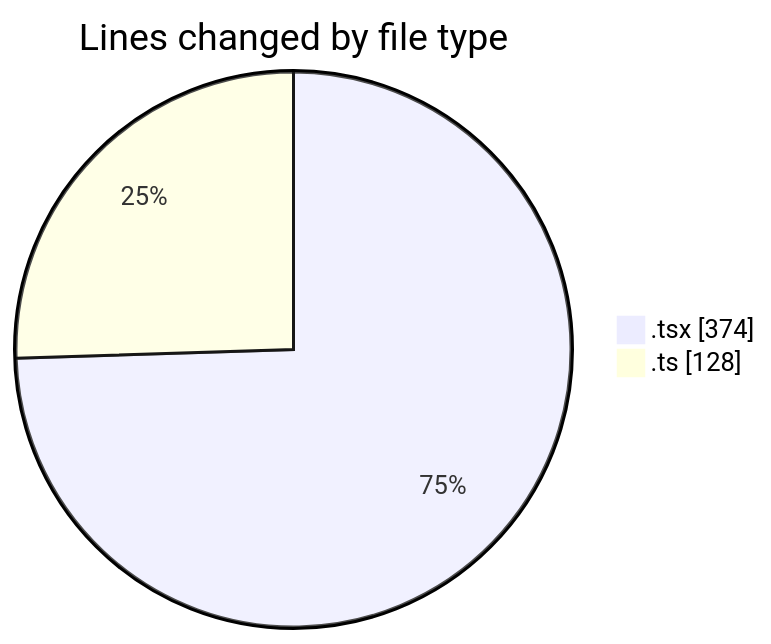
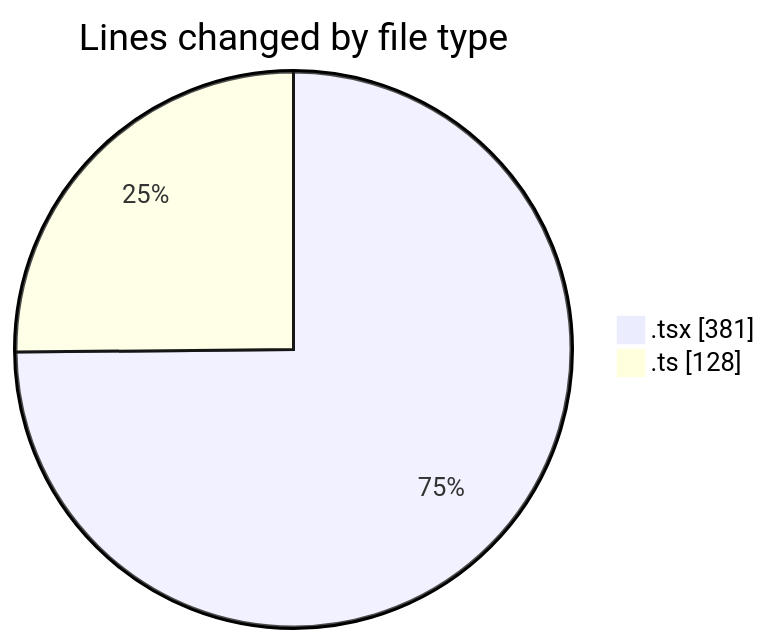
Before and after one commit to nxtqubesakshisongat/code-tracking: the first of 2 diagrams in 2026-04-20/airfeed-analytics-dashboard/README.md, drawn with Mermaid. The commit also changed other lines of this file and 1 other file, not shown here.

````diff
--- a/2026-04-20/airfeed-analytics-dashboard/README.md
+++ b/2026-04-20/airfeed-analytics-dashboard/README.md
@@ -22,6 +22,6 @@
 ```mermaid
 pie showData
 title Lines changed by file type
-".tsx" : 374
+".tsx" : 381
 ".ts" : 128
 ```
````
